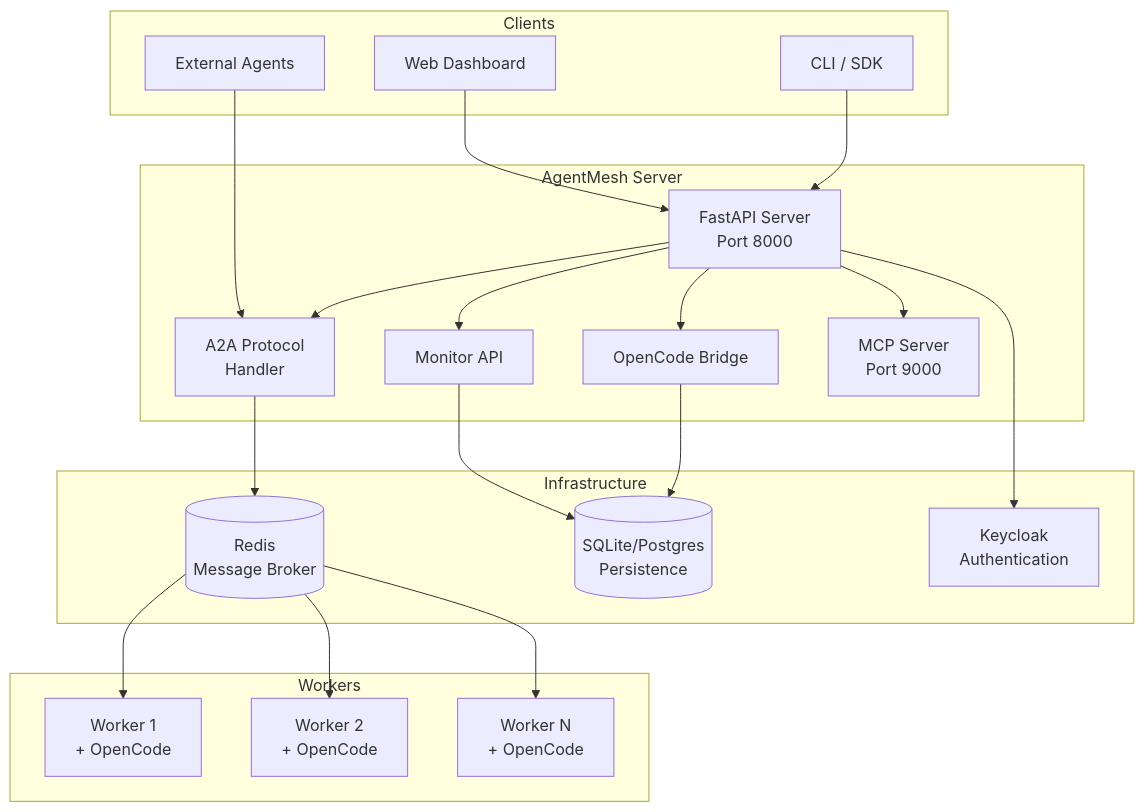
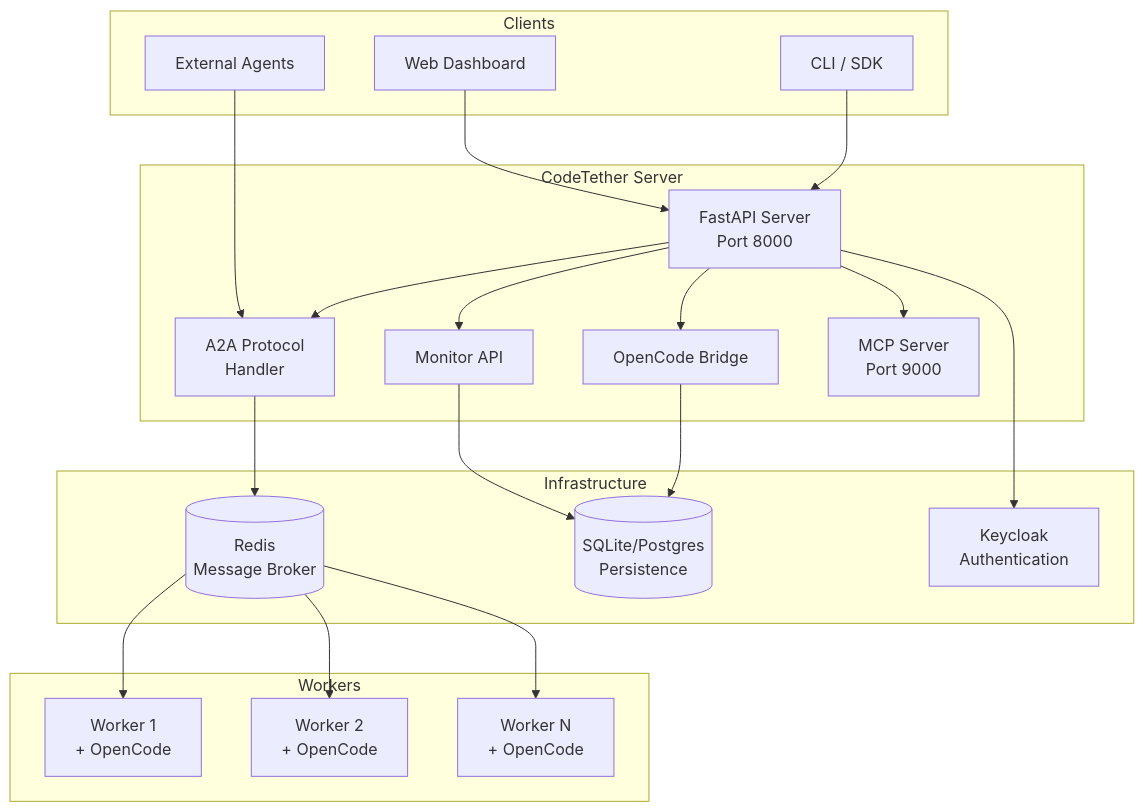
The first of 3 diagrams in agentmesh-docs/concepts/architecture.md (rileyseaburg/A2A-Server-MCP), drawn with Mermaid before and after one commit. The commit also changed other lines of this file and 51 other files, not shown here.

First line of the commit message:
docs: Rebrand documentation from AgentMesh to CodeTether

````diff
--- a/agentmesh-docs/concepts/architecture.md
+++ b/agentmesh-docs/concepts/architecture.md
@@ -12,46 +12,46 @@
 ```mermaid
 graph TB
     subgraph Clients
         Web[Web Dashboard]
         CLI[CLI / SDK]
         Agents[External Agents]
     end
 
-    subgraph "AgentMesh Server"
+    subgraph "CodeTether Server"
         API[FastAPI Server<br/>Port 8000]
         A2A[A2A Protocol<br/>Handler]
         Monitor[Monitor API]
         OpenCode[OpenCode Bridge]
         MCP[MCP Server<br/>Port 9000]
     end
 
     subgraph Infrastructure
         Redis[(Redis<br/>Message Broker)]
         DB[(SQLite/Postgres<br/>Persistence)]
         Auth[Keycloak<br/>Authentication]
     end
 
     subgraph Workers
         W1[Worker 1<br/>+ OpenCode]
         W2[Worker 2<br/>+ OpenCode]
         W3[Worker N<br/>+ OpenCode]
     end
 
     Web --> API
     CLI --> API
     Agents --> A2A
 
     API --> A2A
     API --> Monitor
     API --> OpenCode
     API --> MCP
 
     A2A --> Redis
     Monitor --> DB
     OpenCode --> DB
     API --> Auth
 
     Redis --> W1
     Redis --> W2
     Redis --> W3
 ```
````
